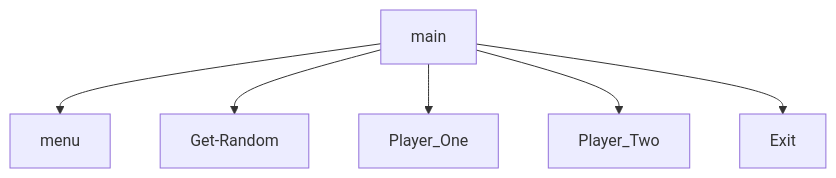
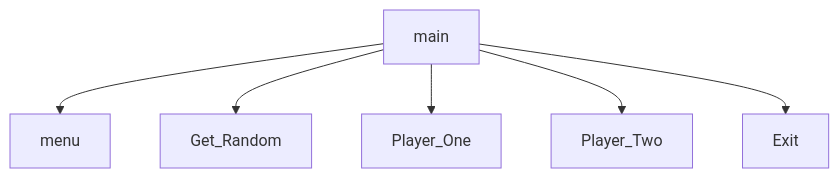
Before and after one commit to swpeterman/SamRhett: the diagram in README.md, drawn with Mermaid.

````diff
--- a/README.md
+++ b/README.md
@@ -8,8 +8,8 @@
 ```mermaid
 graph TD;
   main-->menu;
-  main-->Get-Random;
+  main-->Get_Random;
   main-->Player_One;
   main-->Player_Two;
   main-->Exit;
 ```
````
